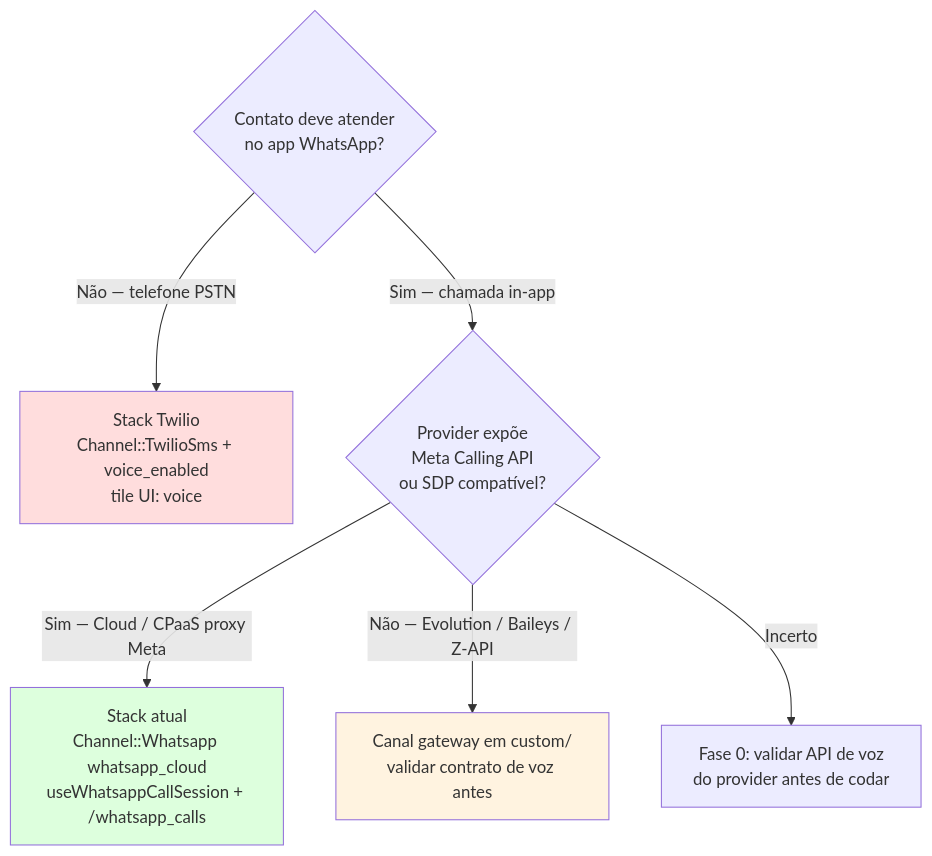
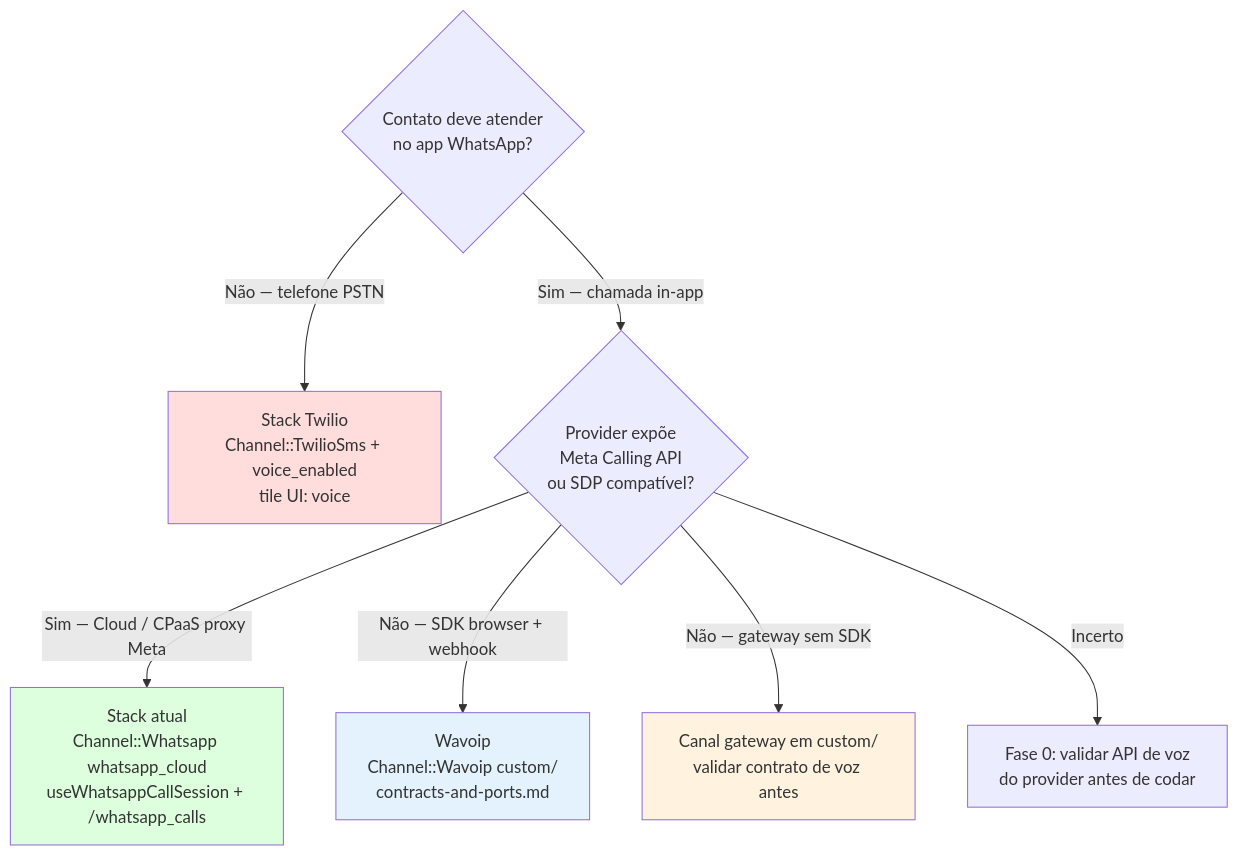
One commit to cesar-carlos/chatwoot changed the diagram in doc/feature/whatsapp-voice/README.md. Above: the diagram before and after it, drawn with Mermaid. The commit also changed other lines of this file and 25 other files, not shown here.

````diff
--- a/doc/feature/whatsapp-voice/README.md
+++ b/doc/feature/whatsapp-voice/README.md
@@ -24,13 +24,15 @@
 ```mermaid
 flowchart TD
   Q1{"Contato deve atender<br/>no app WhatsApp?"}
   Q1 -->|Não — telefone PSTN| T["Stack Twilio<br/>Channel::TwilioSms + voice_enabled<br/>tile UI: voice"]
   Q1 -->|Sim — chamada in-app| Q2{"Provider expõe<br/>Meta Calling API<br/>ou SDP compatível?"}
   Q2 -->|Sim — Cloud / CPaaS proxy Meta| M["Stack atual<br/>Channel::Whatsapp whatsapp_cloud<br/>useWhatsappCallSession + /whatsapp_calls"]
-  Q2 -->|Não — Evolution / Baileys / Z-API| G["Canal gateway em custom/<br/>validar contrato de voz antes"]
+  Q2 -->|Não — SDK browser + webhook| W["Wavoip<br/>Channel::Wavoip custom/<br/>contracts-and-ports.md"]
+  Q2 -->|Não — gateway sem SDK| G["Canal gateway em custom/<br/>validar contrato de voz antes"]
   Q2 -->|Incerto| V["Fase 0: validar API de voz<br/>do provider antes de codar"]
 
   style M fill:#dfd
+  style W fill:#e3f2fd
   style T fill:#fdd
   style G fill:#fff3e0
 ```
````
